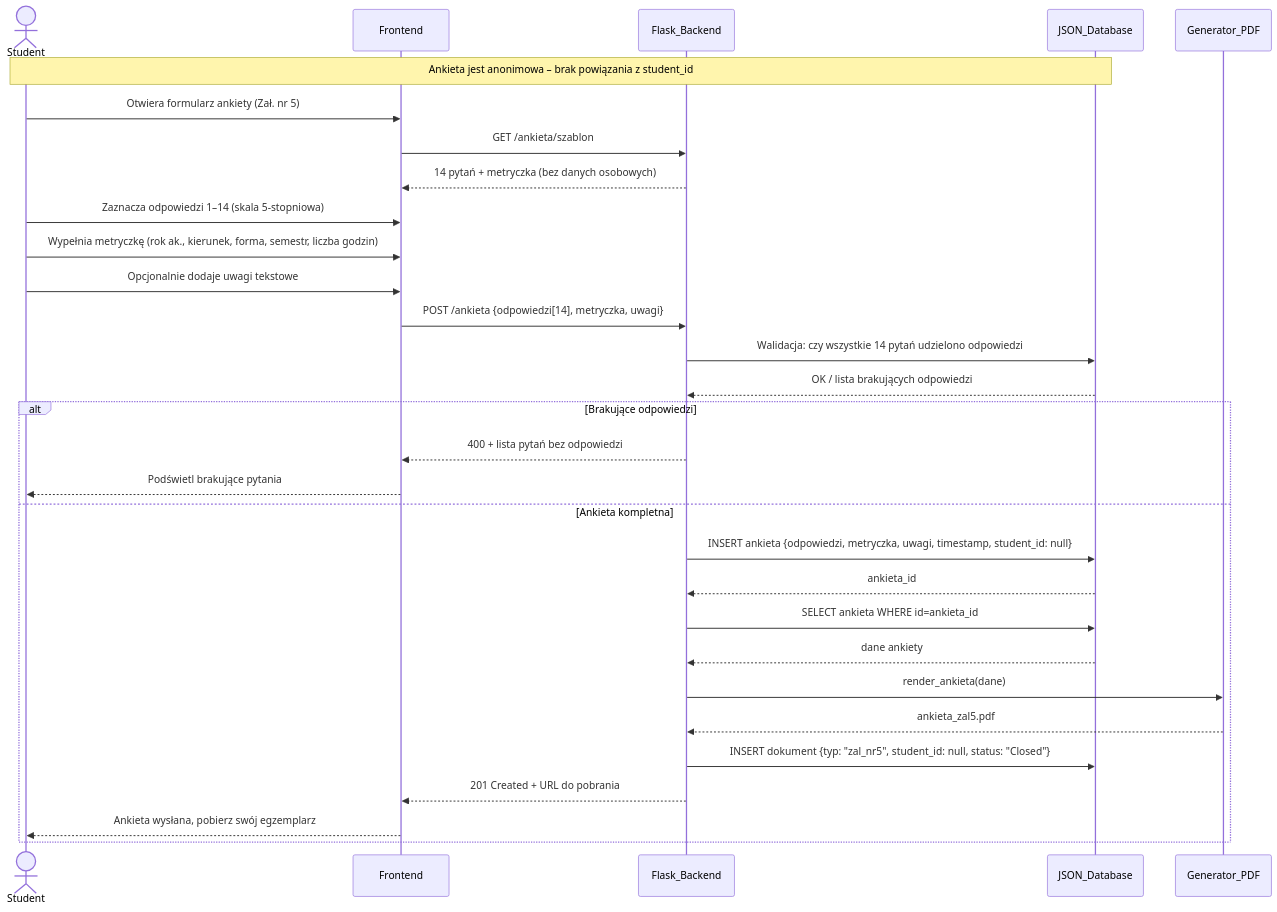
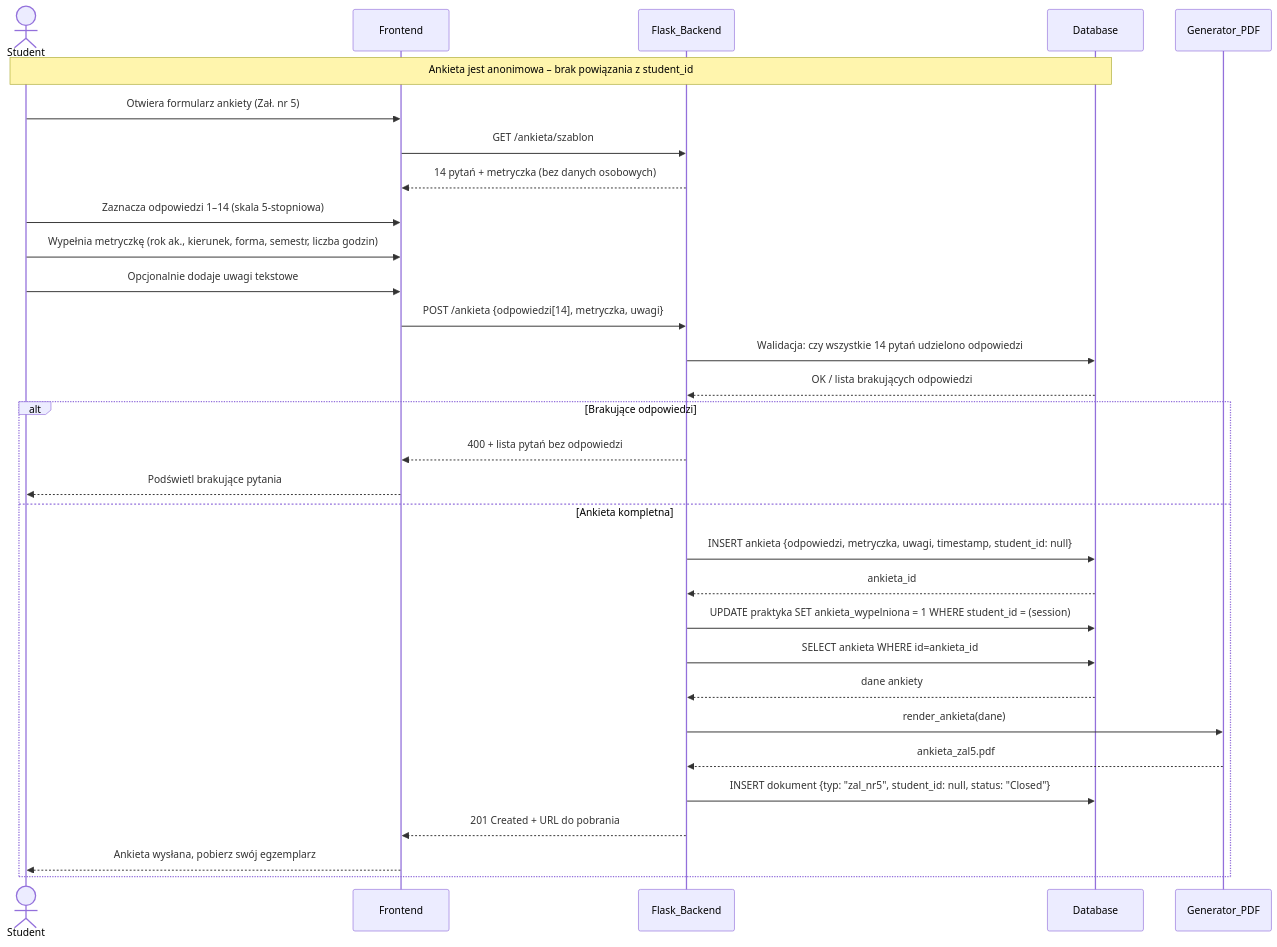
Before and after one commit to GacusPL/System-Obslugi-Praktyk-Zawodowych: the diagram in docs/diagrams/sequence/05_ankieta.md, drawn with Mermaid. The commit also changed other lines of this file and 16 other files, not shown here.

````diff
--- a/docs/diagrams/sequence/05_ankieta.md
+++ b/docs/diagrams/sequence/05_ankieta.md
@@ -4,35 +4,36 @@
 ```mermaid
 sequenceDiagram
     actor S as Student
     participant FE as Frontend
     participant FB as Flask_Backend
-    participant J as JSON_Database
+    participant DB as Database
     participant PDF as Generator_PDF
 
-    Note over S,J: Ankieta jest anonimowa – brak powiązania z student_id
+    Note over S,DB: Ankieta jest anonimowa – brak powiązania z student_id
     S->>FE: Otwiera formularz ankiety (Zał. nr 5)
     FE->>FB: GET /ankieta/szablon
     FB-->>FE: 14 pytań + metryczka (bez danych osobowych)
 
     S->>FE: Zaznacza odpowiedzi 1–14 (skala 5-stopniowa)
     S->>FE: Wypełnia metryczkę (rok ak., kierunek, forma, semestr, liczba godzin)
     S->>FE: Opcjonalnie dodaje uwagi tekstowe
     FE->>FB: POST /ankieta {odpowiedzi[14], metryczka, uwagi}
-    FB->>J: Walidacja: czy wszystkie 14 pytań udzielono odpowiedzi
-    J-->>FB: OK / lista brakujących odpowiedzi
+    FB->>DB: Walidacja: czy wszystkie 14 pytań udzielono odpowiedzi
+    DB-->>FB: OK / lista brakujących odpowiedzi
 
     alt Brakujące odpowiedzi
         FB-->>FE: 400 + lista pytań bez odpowiedzi
         FE-->>S: Podświetl brakujące pytania
     else Ankieta kompletna
-        FB->>J: INSERT ankieta {odpowiedzi, metryczka, uwagi, timestamp, student_id: null}
-        J-->>FB: ankieta_id
-        FB->>J: SELECT ankieta WHERE id=ankieta_id
-        J-->>FB: dane ankiety
+        FB->>DB: INSERT ankieta {odpowiedzi, metryczka, uwagi, timestamp, student_id: null}
+        DB-->>FB: ankieta_id
+        FB->>DB: UPDATE praktyka SET ankieta_wypelniona = 1 WHERE student_id = (session)
+        FB->>DB: SELECT ankieta WHERE id=ankieta_id
+        DB-->>FB: dane ankiety
         FB->>PDF: render_ankieta(dane)
         PDF-->>FB: ankieta_zal5.pdf
-        FB->>J: INSERT dokument {typ: "zal_nr5", student_id: null, status: "Closed"}
+        FB->>DB: INSERT dokument {typ: "zal_nr5", student_id: null, status: "Closed"}
         FB-->>FE: 201 Created + URL do pobrania
         FE-->>S: Ankieta wysłana, pobierz swój egzemplarz
     end
 ```
````
